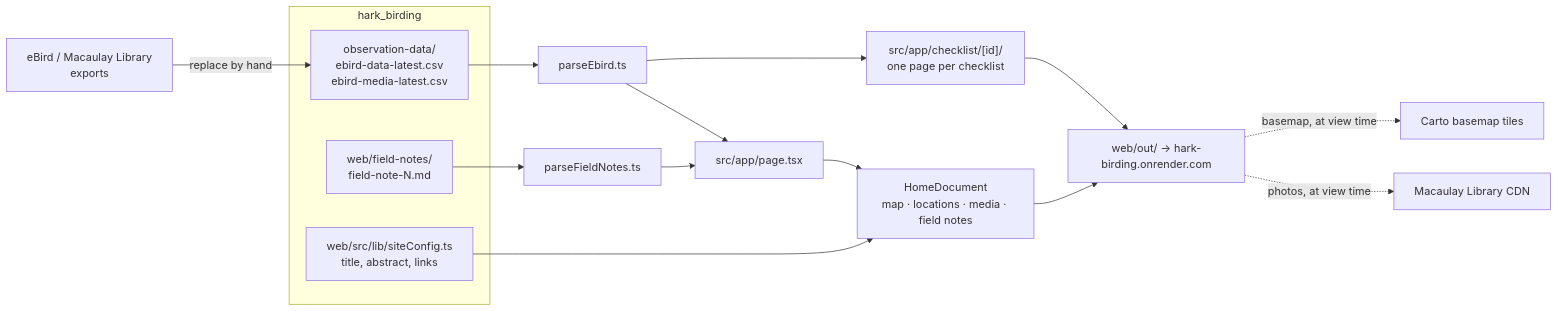
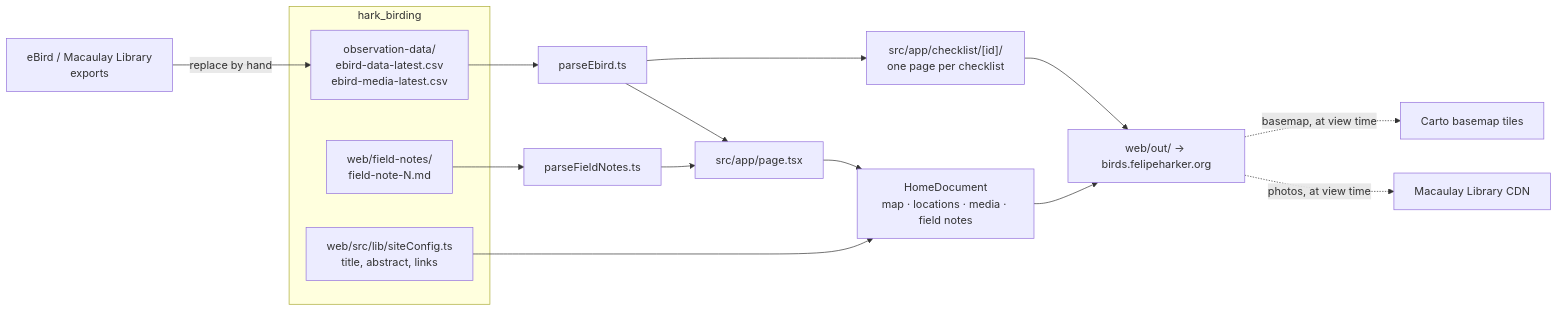
Before and after one commit to felipeharker/hark_web: the sixth of 7 diagrams in ARCHITECTURE.md, drawn with Mermaid. The commit also changed other lines of this file and 16 other files, not shown here.

First line of the commit message:
Every site in the family at its felipeharker.org subdomain

````diff
--- a/ARCHITECTURE.md
+++ b/ARCHITECTURE.md
@@ -182,19 +182,19 @@
 ```mermaid
 flowchart LR
   ebird["eBird / Macaulay Library<br/>exports"] -- "replace by hand" --> csv
   subgraph data["hark_birding"]
     csv["observation-data/<br/>ebird-data-latest.csv<br/>ebird-media-latest.csv"]
     notes["web/field-notes/<br/>field-note-N.md"]
     config["web/src/lib/siteConfig.ts<br/>title, abstract, links"]
   end
   csv --> parse["parseEbird.ts"]
   notes --> parsen["parseFieldNotes.ts"]
   parse & parsen --> page["src/app/page.tsx"]
   config --> home
   page --> home["HomeDocument<br/>map · locations · media · field notes"]
   parse --> cl["src/app/checklist/[id]/<br/>one page per checklist"]
-  home & cl --> out["web/out/ → hark-birding.onrender.com"]
+  home & cl --> out["web/out/ → birds.felipeharker.org"]
 
   out -. "photos, at view time" .-> ml["Macaulay Library CDN"]
   out -. "basemap, at view time" .-> carto["Carto basemap tiles"]
 ```
````
